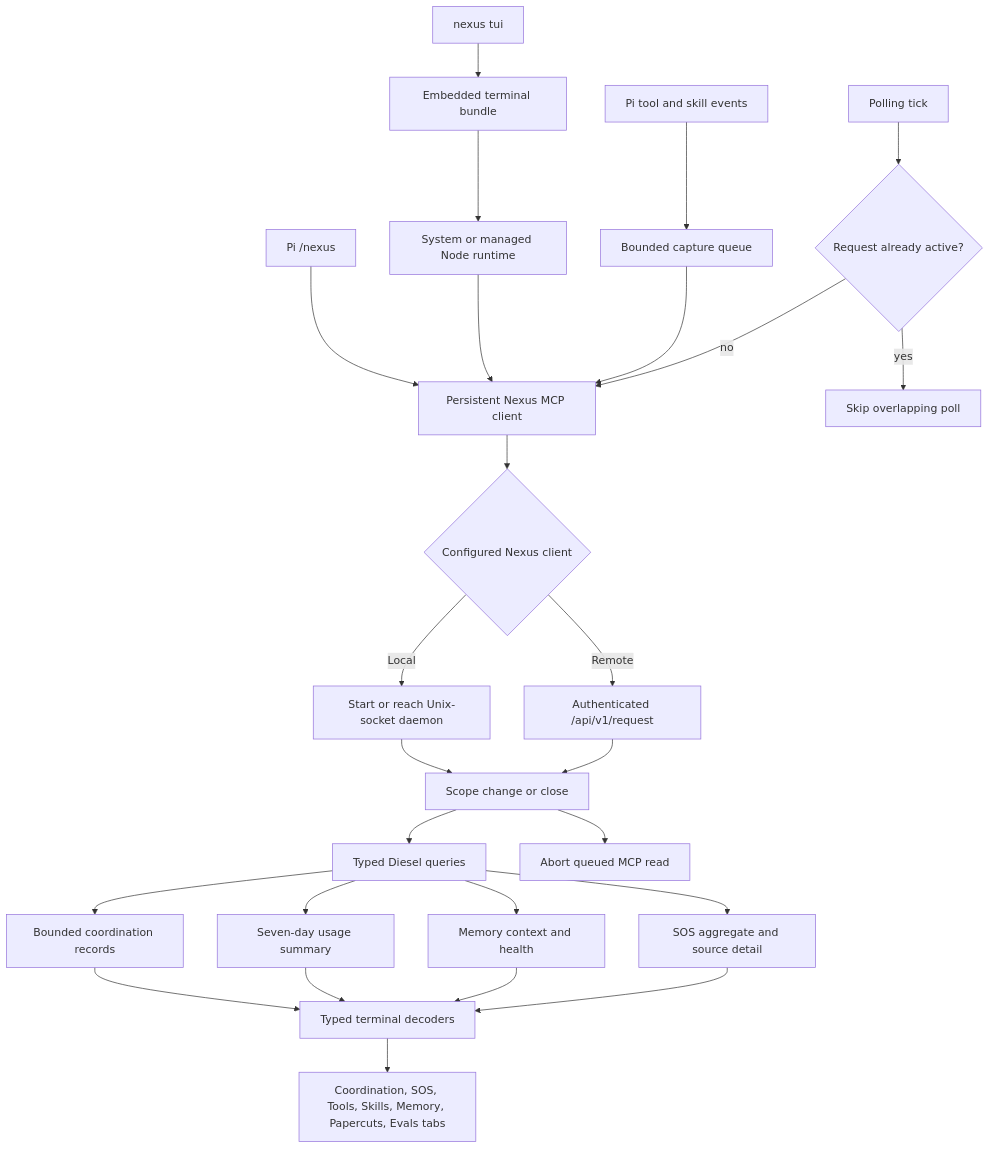
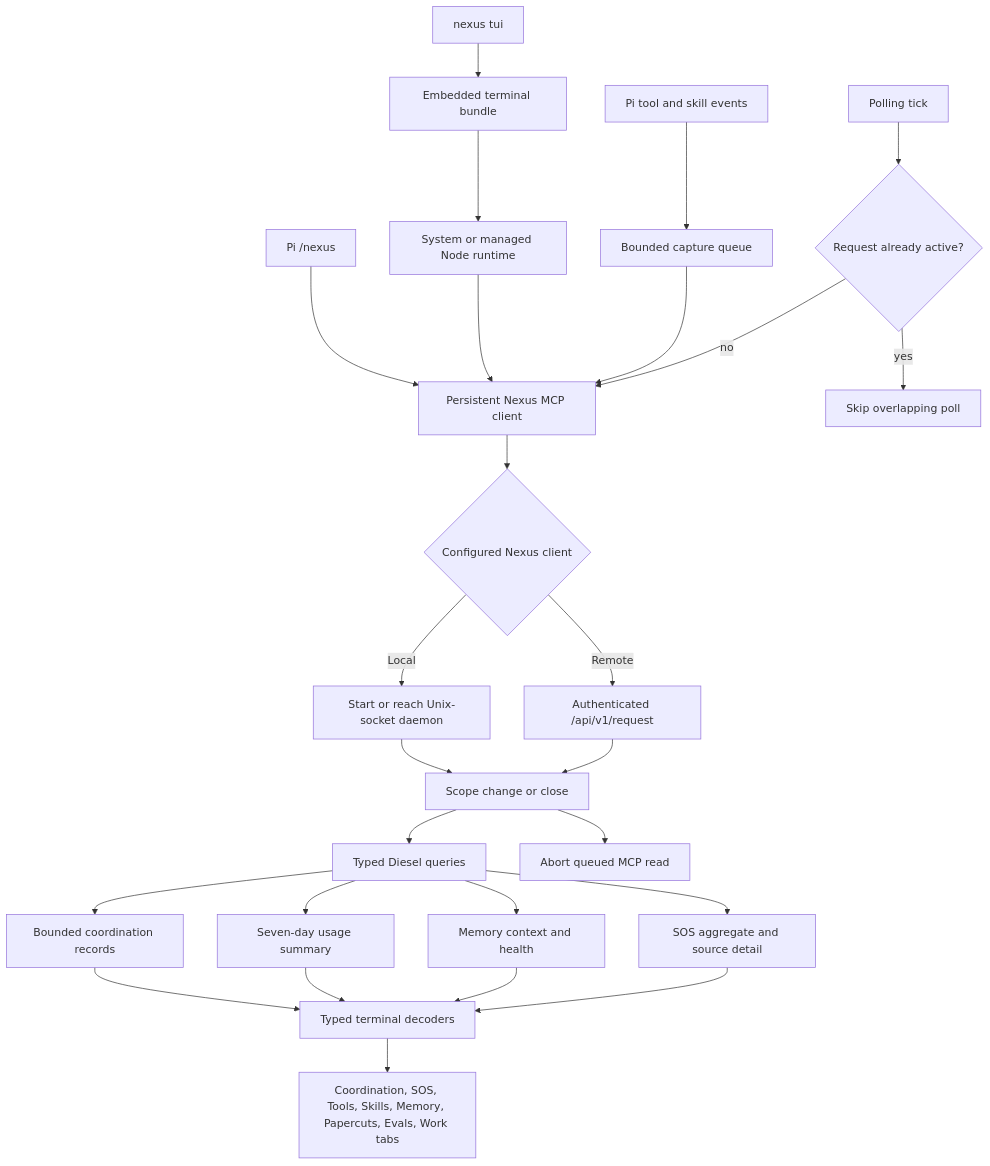
One commit to warrenronsiek/nexus changed the diagram in docs/features/observability-ui.md. Above: the diagram before and after it, drawn with Mermaid. The commit also changed other lines of this file and 100 other files, not shown here.

````diff
--- a/docs/features/observability-ui.md
+++ b/docs/features/observability-ui.md
@@ -23,28 +23,28 @@
 ```mermaid
 flowchart TD
     A[Pi /nexus] --> B[Persistent Nexus MCP client]
     C[nexus tui] --> D[Embedded terminal bundle]
     D --> E[System or managed Node runtime]
     E --> B
     F[Pi tool and skill events] --> G[Bounded capture queue]
     G --> B
     B --> H{Configured Nexus client}
     H -->|Local| I[Start or reach Unix-socket daemon]
     H -->|Remote| J[Authenticated /api/v1/request]
     I --> S[NexusService]
     J --> S
     S --> QD[Typed Diesel queries]
     QD --> K[Bounded coordination records]
     QD --> L[Seven-day usage summary]
     QD --> M[Memory context and health]
     QD --> SI[SOS aggregate and source detail]
     K --> N[Typed terminal decoders]
     L --> N
     M --> N
     SI --> N
-    N --> O[Coordination, SOS, Tools, Skills, Memory, Papercuts, Evals tabs]
+    N --> O[Coordination, SOS, Tools, Skills, Memory, Papercuts, Evals, Work tabs]
     P[Polling tick] --> Q{Request already active?}
     Q -->|yes| R[Skip overlapping poll]
     Q -->|no| B
     S[Scope change or close] --> T[Abort queued MCP read]
 ```
````
